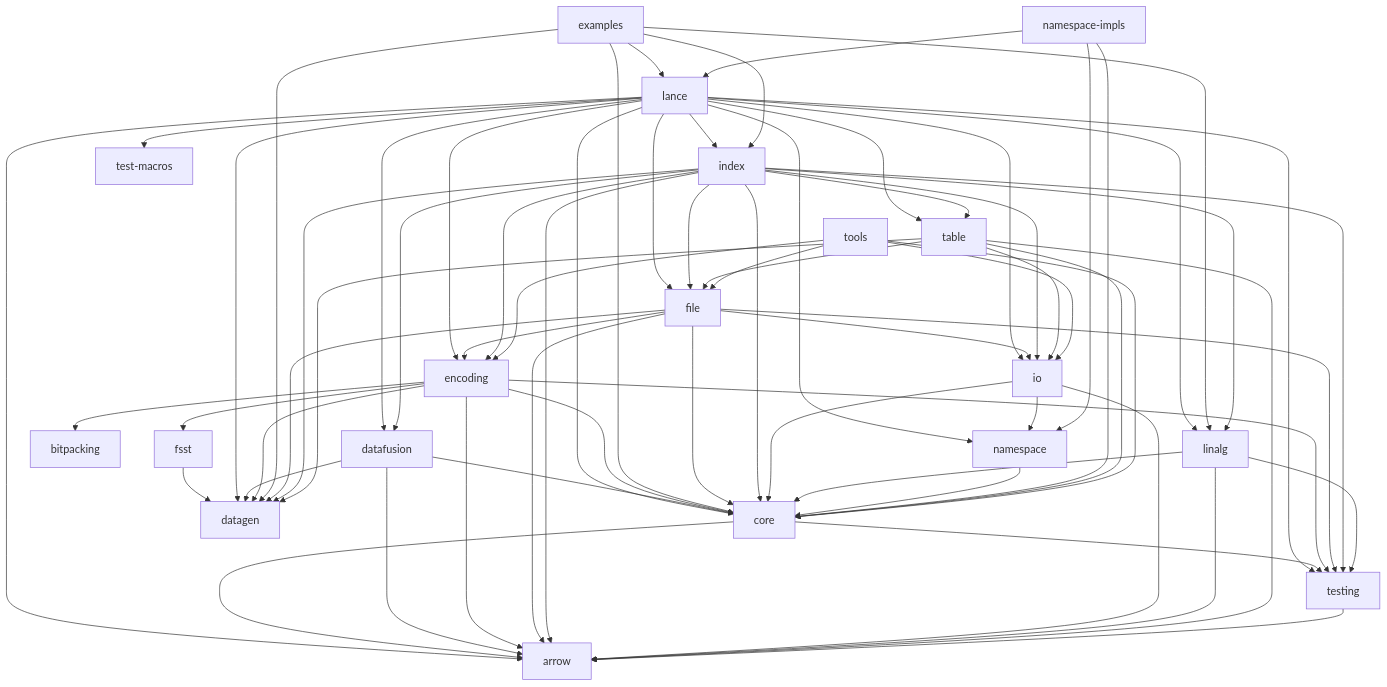
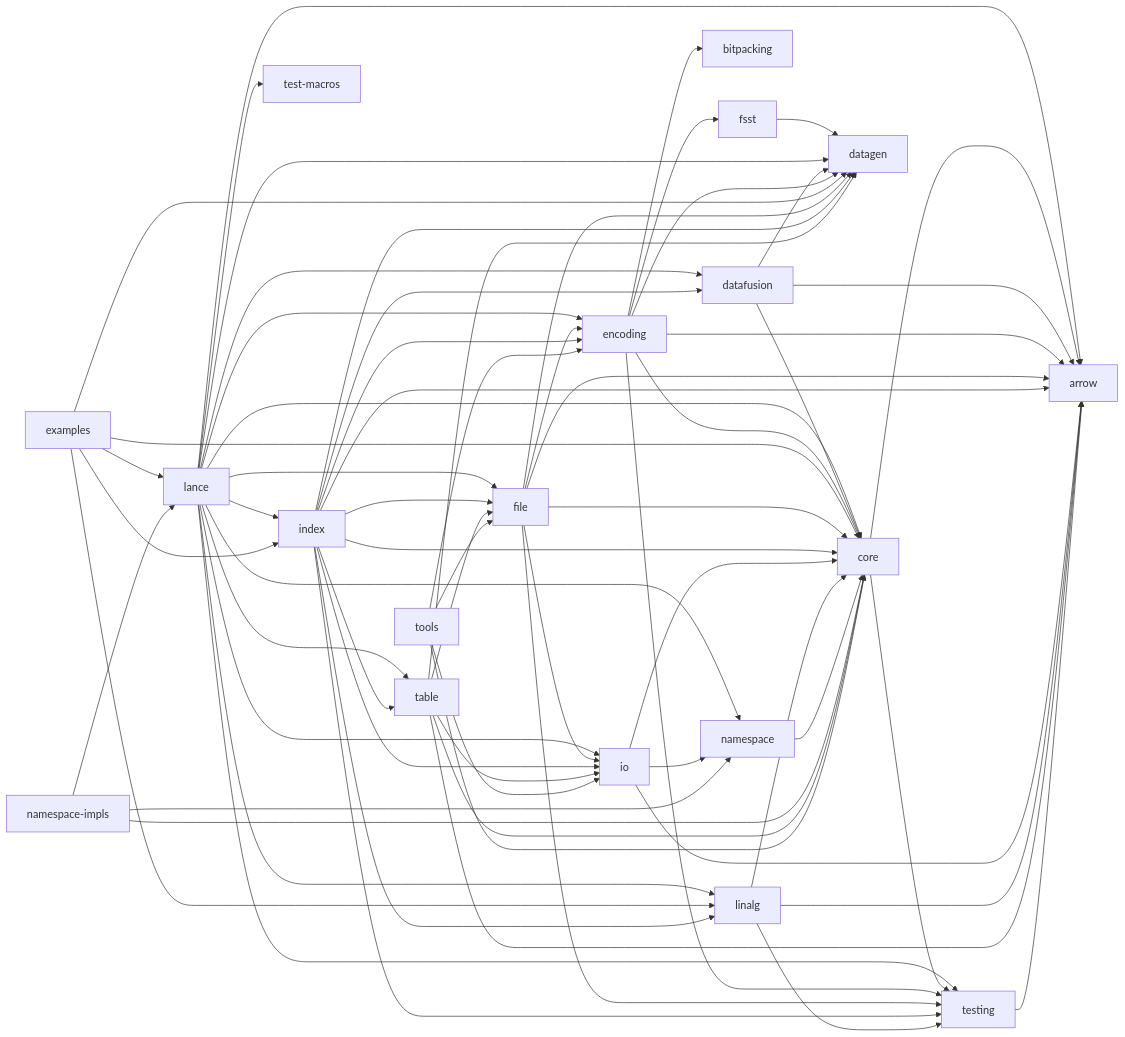
The diagram in rust/README.md (lancedb/lance), drawn with Mermaid before and after one commit. The commit also changed 1 other file, not shown here.

Commit message:
Better layout

````diff
--- a/rust/README.md
+++ b/rust/README.md
@@ -13,5 +13,5 @@
 ```mermaid
-graph TD
+flowchart LR
     fsst["fsst"]
     lance["lance"]
     lance-arrow["arrow"]
````
